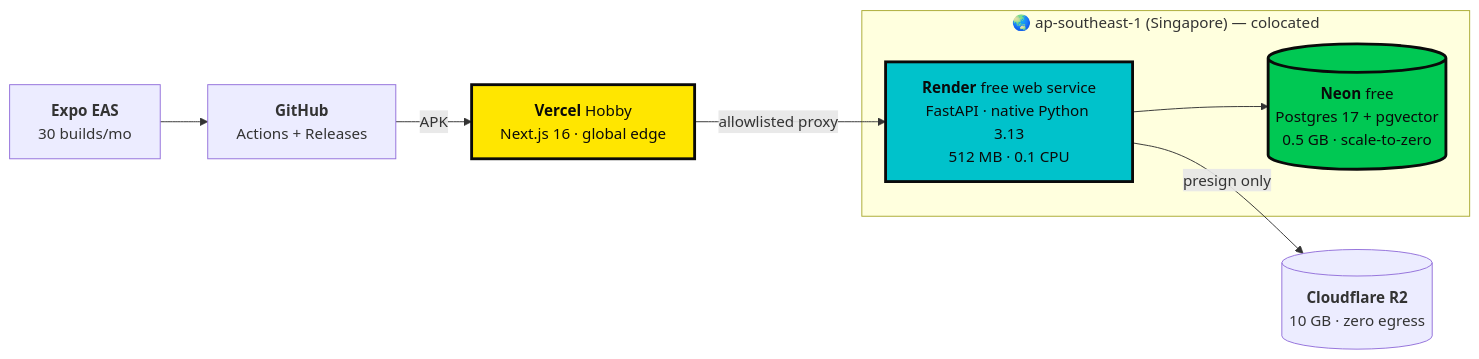
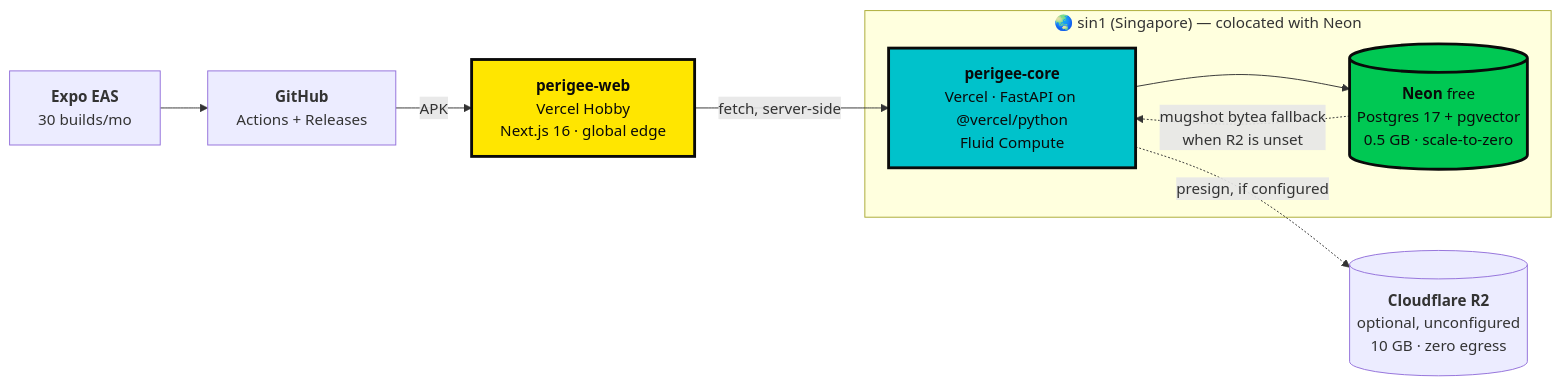
One commit to SarmaHighOnCode/Perigee changed the diagram in docs/10-DEPLOYMENT.md. Above: the diagram before and after it, drawn with Mermaid. The commit also changed other lines of this file and 3 other files, not shown here.

````diff
--- a/docs/10-DEPLOYMENT.md
+++ b/docs/10-DEPLOYMENT.md
@@ -9,22 +15,23 @@
 ```mermaid
 graph LR
-    subgraph SG["🌏 ap-southeast-1 (Singapore) — colocated"]
-        RENDER["<b>Render</b> free web service<br/>FastAPI · native Python 3.13<br/>512 MB · 0.1 CPU"]
+    subgraph SG["🌏 sin1 (Singapore) — colocated with Neon"]
+        API["<b>perigee-core</b><br/>Vercel · FastAPI on @vercel/python<br/>Fluid Compute"]
         NEON[("<b>Neon</b> free<br/>Postgres 17 + pgvector<br/>0.5 GB · scale-to-zero")]
     end
 
-    VERCEL["<b>Vercel</b> Hobby<br/>Next.js 16 · global edge"]
-    R2[("<b>Cloudflare R2</b><br/>10 GB · zero egress")]
+    WEB["<b>perigee-web</b><br/>Vercel Hobby<br/>Next.js 16 · global edge"]
+    R2[("<b>Cloudflare R2</b><br/>optional, unconfigured<br/>10 GB · zero egress")]
     EAS["<b>Expo EAS</b><br/>30 builds/mo"]
     GH["<b>GitHub</b><br/>Actions + Releases"]
 
-    VERCEL -->|"allowlisted proxy"| RENDER
-    RENDER --> NEON
-    RENDER -->|presign only| R2
+    WEB -->|"fetch, server-side"| API
+    API --> NEON
+    API -.->|"presign, if configured"| R2
+    NEON -.->|"mugshot bytea fallback<br/>when R2 is unset"| API
     EAS --> GH
-    GH -->|APK| VERCEL
+    GH -->|APK| WEB
 
-    style RENDER fill:#00C2CB,stroke:#0A0A0A,stroke-width:3px,color:#0A0A0A
+    style API fill:#00C2CB,stroke:#0A0A0A,stroke-width:3px,color:#0A0A0A
     style NEON fill:#00C853,stroke:#0A0A0A,stroke-width:3px,color:#0A0A0A
-    style VERCEL fill:#FFE600,stroke:#0A0A0A,stroke-width:3px,color:#0A0A0A
+    style WEB fill:#FFE600,stroke:#0A0A0A,stroke-width:3px,color:#0A0A0A
 ```
````
